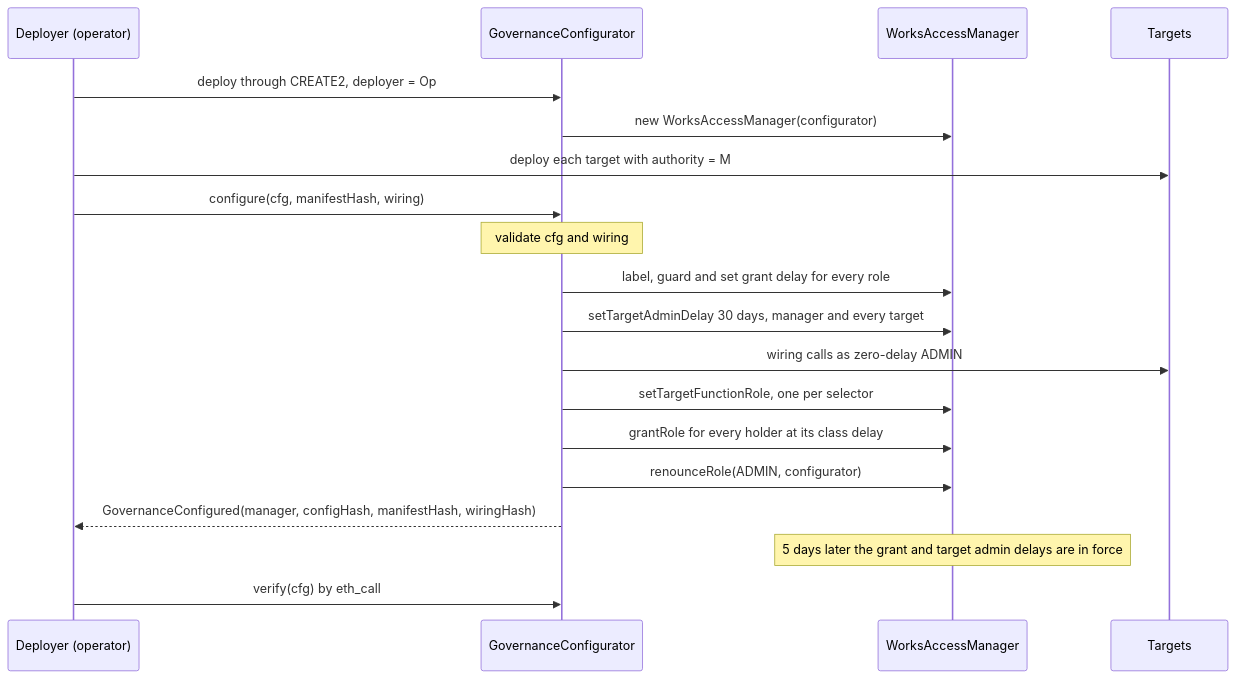
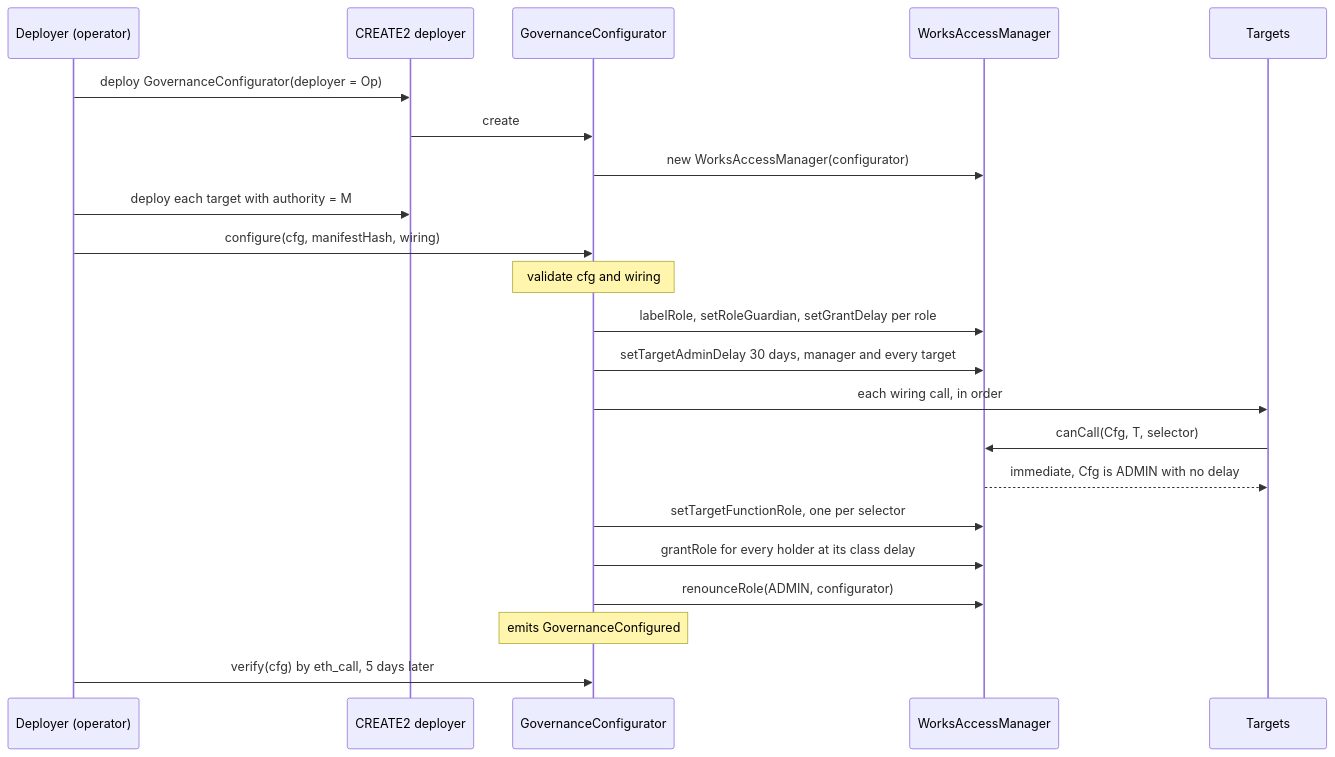
The fifth of 10 diagrams in docs/spec/governance.md (6529-Collections/6529-works), drawn with Mermaid before and after one commit. The commit also changed other lines of this file and 36 other files, not shown here.

````diff
--- a/docs/spec/governance.md
+++ b/docs/spec/governance.md
@@ -481,21 +353,24 @@
 ```mermaid
 sequenceDiagram
     participant Op as Deployer (operator)
+    participant F as CREATE2 deployer
     participant Cfg as GovernanceConfigurator
     participant M as WorksAccessManager
     participant T as Targets
-    Op->>Cfg: deploy through CREATE2, deployer = Op
+    Op->>F: deploy GovernanceConfigurator(deployer = Op)
+    F->>Cfg: create
     Cfg->>M: new WorksAccessManager(configurator)
-    Op->>T: deploy each target with authority = M
+    Op->>F: deploy each target with authority = M
     Op->>Cfg: configure(cfg, manifestHash, wiring)
     Note over Cfg: validate cfg and wiring
-    Cfg->>M: label, guard and set grant delay for every role
+    Cfg->>M: labelRole, setRoleGuardian, setGrantDelay per role
     Cfg->>M: setTargetAdminDelay 30 days, manager and every target
-    Cfg->>T: wiring calls as zero-delay ADMIN
+    Cfg->>T: each wiring call, in order
+    T->>M: canCall(Cfg, T, selector)
+    M-->>T: immediate, Cfg is ADMIN with no delay
     Cfg->>M: setTargetFunctionRole, one per selector
     Cfg->>M: grantRole for every holder at its class delay
     Cfg->>M: renounceRole(ADMIN, configurator)
-    Cfg-->>Op: GovernanceConfigured(manager, configHash, manifestHash, wiringHash)
-    Note over M: 5 days later the grant and target admin delays are in force
-    Op->>Cfg: verify(cfg) by eth_call
+    Note over Cfg: emits GovernanceConfigured
+    Op->>Cfg: verify(cfg) by eth_call, 5 days later
 ```
````
